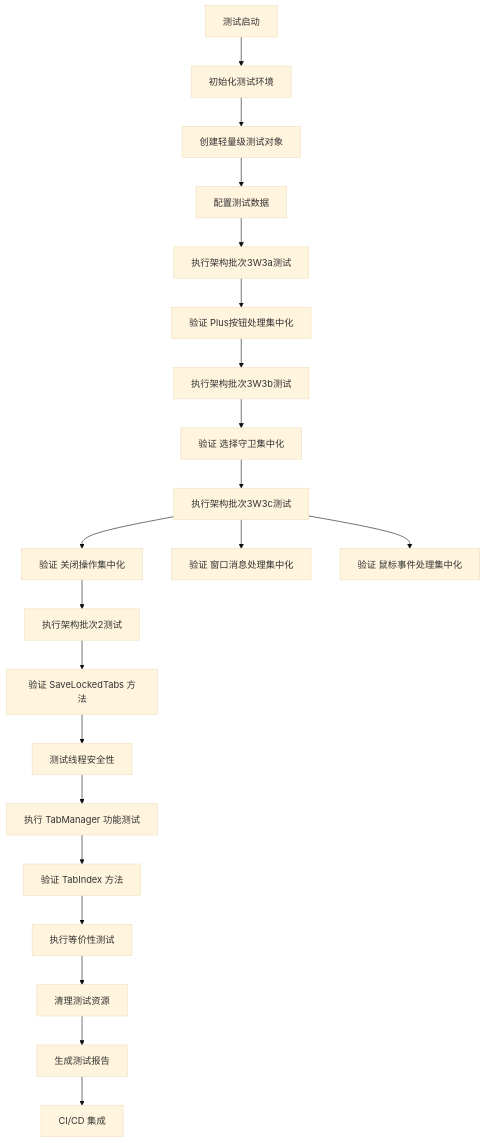
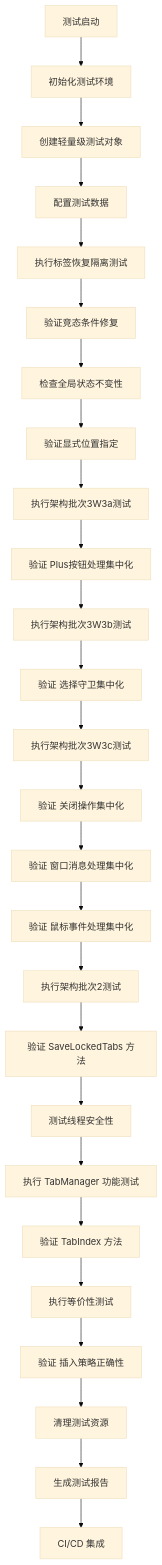
One commit to rainiva/QTTabBar-Next changed diagram 13 of 13 in .qoder/repowiki/zh/content/核心功能/标签页管理系统.md. Above: the diagram before and after it, drawn with Mermaid (base theme). The commit also changed other lines of this file and 415 other files, not shown here.

````diff
--- a/.qoder/repowiki/zh/content/核心功能/标签页管理系统.md
+++ b/.qoder/repowiki/zh/content/核心功能/标签页管理系统.md
@@ -1396,23 +1594,28 @@
 ```mermaid
 flowchart TD
 A["测试启动"] --> B["初始化测试环境"]
 B --> C["创建轻量级测试对象"]
 C --> D["配置测试数据"]
-D --> E["执行架构批次3W3a测试"]
-E --> F["验证 Plus按钮处理集中化"]
-F --> G["执行架构批次3W3b测试"]
-G --> H["验证 选择守卫集中化"]
-H --> I["执行架构批次3W3c测试"]
-I --> J["验证 关闭操作集中化"]
-I --> K["验证 窗口消息处理集中化"]
-I --> L["验证 鼠标事件处理集中化"]
-J --> M["执行架构批次2测试"]
-M --> N["验证 SaveLockedTabs 方法"]
-N --> O["测试线程安全性"]
-O --> P["执行 TabManager 功能测试"]
-P --> Q["验证 TabIndex 方法"]
-Q --> R["执行等价性测试"]
-R --> S["清理测试资源"]
-S --> T["生成测试报告"]
-T --> U["CI/CD 集成"]
+D --> E["执行标签恢复隔离测试"]
+E --> F["验证竞态条件修复"]
+F --> G["检查全局状态不变性"]
+G --> H["验证显式位置指定"]
+H --> I["执行架构批次3W3a测试"]
+I --> J["验证 Plus按钮处理集中化"]
+J --> K["执行架构批次3W3b测试"]
+K --> L["验证 选择守卫集中化"]
+L --> M["执行架构批次3W3c测试"]
+M --> N["验证 关闭操作集中化"]
+N --> O["验证 窗口消息处理集中化"]
+O --> P["验证 鼠标事件处理集中化"]
+P --> Q["执行架构批次2测试"]
+Q --> R["验证 SaveLockedTabs 方法"]
+R --> S["测试线程安全性"]
+S --> T["执行 TabManager 功能测试"]
+T --> U["验证 TabIndex 方法"]
+U --> V["执行等价性测试"]
+V --> W["验证 插入策略正确性"]
+W --> X["清理测试资源"]
+X --> Y["生成测试报告"]
+Y --> Z["CI/CD 集成"]
 ```
````
